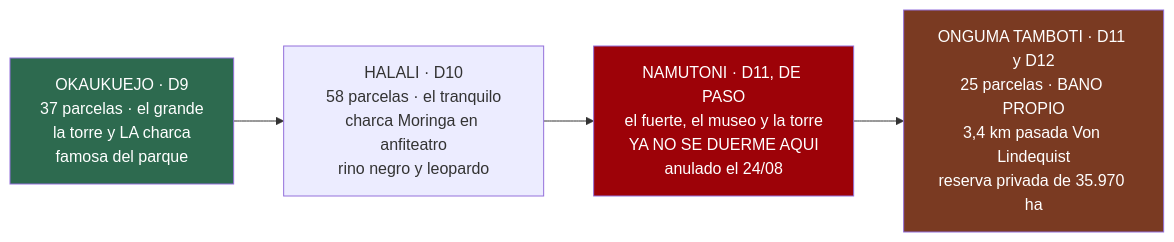
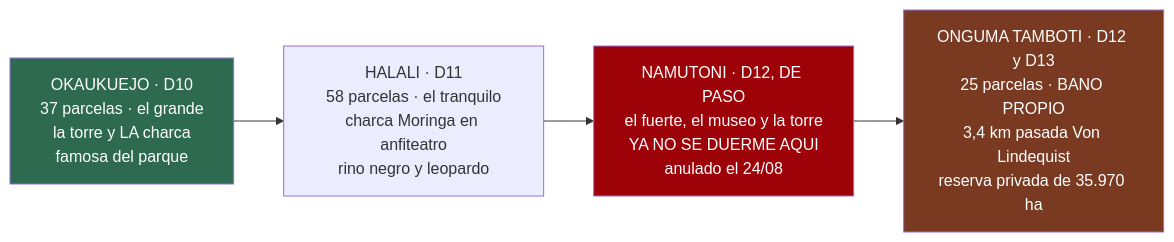
One commit to morandeirachema/namibia changed the diagram in 21-campamentos-de-etosha.md. Above: the diagram before and after it, drawn with Mermaid. The commit also changed other lines of this file and 54 other files, not shown here.

````diff
--- a/21-campamentos-de-etosha.md
+++ b/21-campamentos-de-etosha.md
@@ -22,10 +22,10 @@
 ```mermaid
 flowchart LR
 %% ancho
-    O["OKAUKUEJO · D9<br/>37 parcelas · el grande<br/>la torre y LA charca<br/>famosa del parque"] --> H["HALALI · D10<br/>58 parcelas · el tranquilo<br/>charca Moringa en anfiteatro<br/>rino negro y leopardo"]
-    H --> N["NAMUTONI · D11, DE PASO<br/>el fuerte, el museo y la torre<br/>YA NO SE DUERME AQUI<br/>anulado el 24/08"]
-    N --> G["ONGUMA TAMBOTI · D11 y D12<br/>25 parcelas · BANO PROPIO<br/>3,4 km pasada Von Lindequist<br/>reserva privada de 35.970 ha"]
+    O["OKAUKUEJO · D10<br/>37 parcelas · el grande<br/>la torre y LA charca<br/>famosa del parque"] --> H["HALALI · D11<br/>58 parcelas · el tranquilo<br/>charca Moringa en anfiteatro<br/>rino negro y leopardo"]
+    H --> N["NAMUTONI · D12, DE PASO<br/>el fuerte, el museo y la torre<br/>YA NO SE DUERME AQUI<br/>anulado el 24/08"]
+    N --> G["ONGUMA TAMBOTI · D12 y D13<br/>25 parcelas · BANO PROPIO<br/>3,4 km pasada Von Lindequist<br/>reserva privada de 35.970 ha"]
     style O fill:#2d6a4f,color:#fff
     style N fill:#9d0208,color:#fff
     style G fill:#7a3a22,color:#fff
 ```
````
